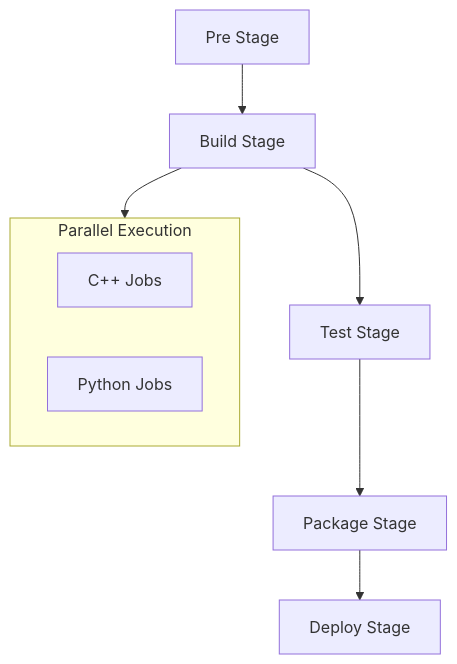
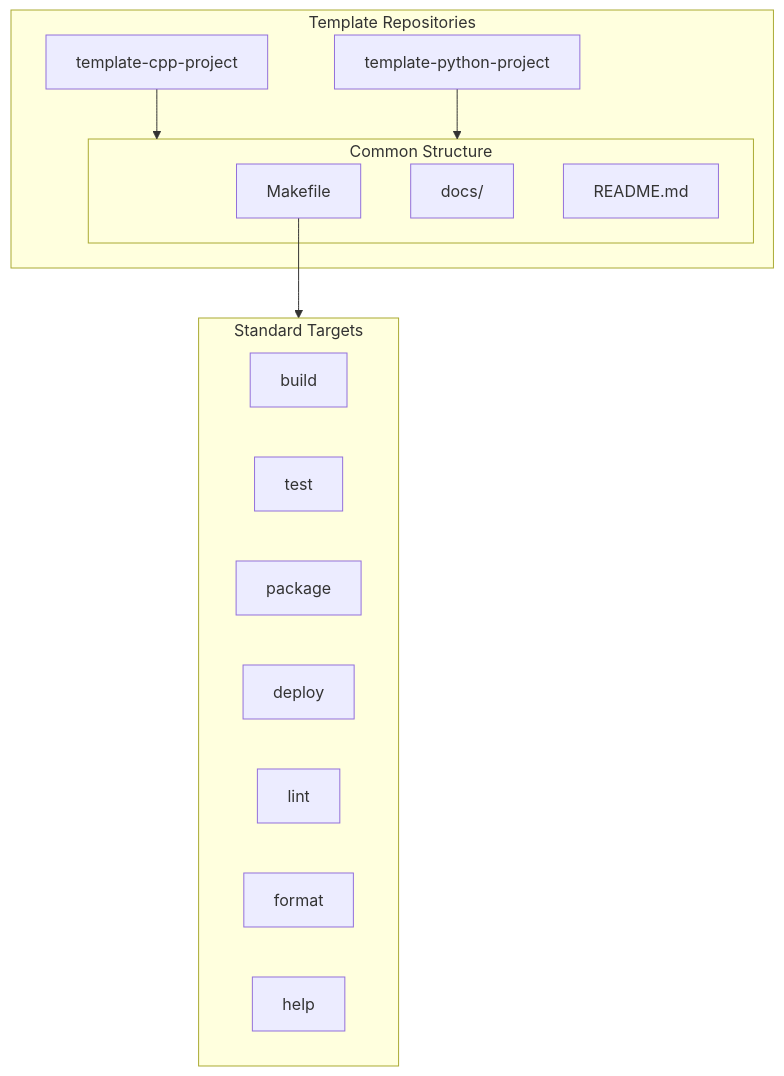
One commit to jlheater/test-project-123456 changed the sixth of 7 diagrams in memory-bank/systemPatterns.md. Above: the diagram before and after it, drawn with Mermaid. The commit also changed other lines of this file and 9 other files, not shown here.

Commit message:
Remove legacy Makefile and language-specific build configurations, transitioning to a unified build system with generic targets for improved maintainability and clarity.

````diff
--- a/memory-bank/systemPatterns.md
+++ b/memory-bank/systemPatterns.md
@@ -181,20 +169,28 @@
    ```mermaid
    flowchart TD
-       Pre["Pre Stage"]
-       Build["Build Stage"]
-       Test["Test Stage"]
-       Package["Package Stage"]
-       Deploy["Deploy Stage"]
-       
-       Pre --> Build
-       Build --> Test
-       Test --> Package
-       Package --> Deploy
-       
-       subgraph Parallel["Parallel Execution"]
-           CPP["C++ Jobs"]
-           PY["Python Jobs"]
+       subgraph Templates["Template Repositories"]
+           CPP["template-cpp-project"]
+           PY["template-python-project"]
+           
+           subgraph Common["Common Structure"]
+               Make["Makefile"]
+               Doc["docs/"]
+               Read["README.md"]
+           end
+           
+           CPP --> Common
+           PY --> Common
        end
        
-       Build --> Parallel
+       subgraph Targets["Standard Targets"]
+           Build["build"]
+           Test["test"]
+           Package["package"]
+           Deploy["deploy"]
+           Lint["lint"]
+           Format["format"]
+           Help["help"]
+       end
+       
+       Make --> Targets
    ```
````
